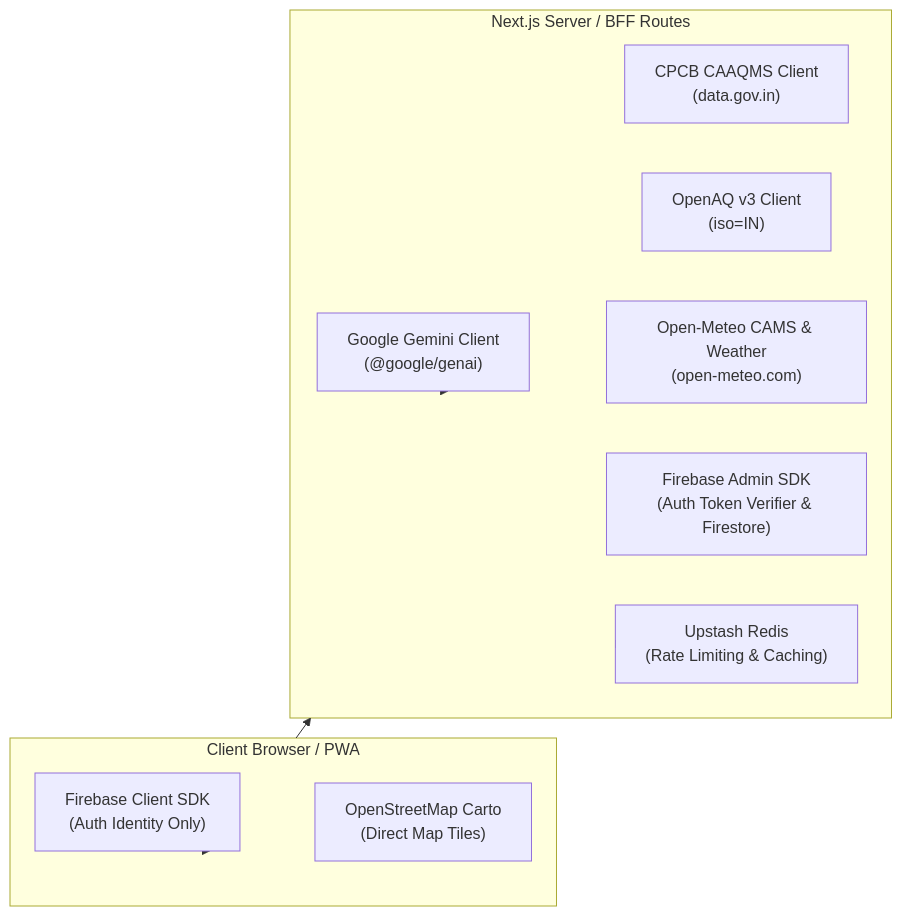
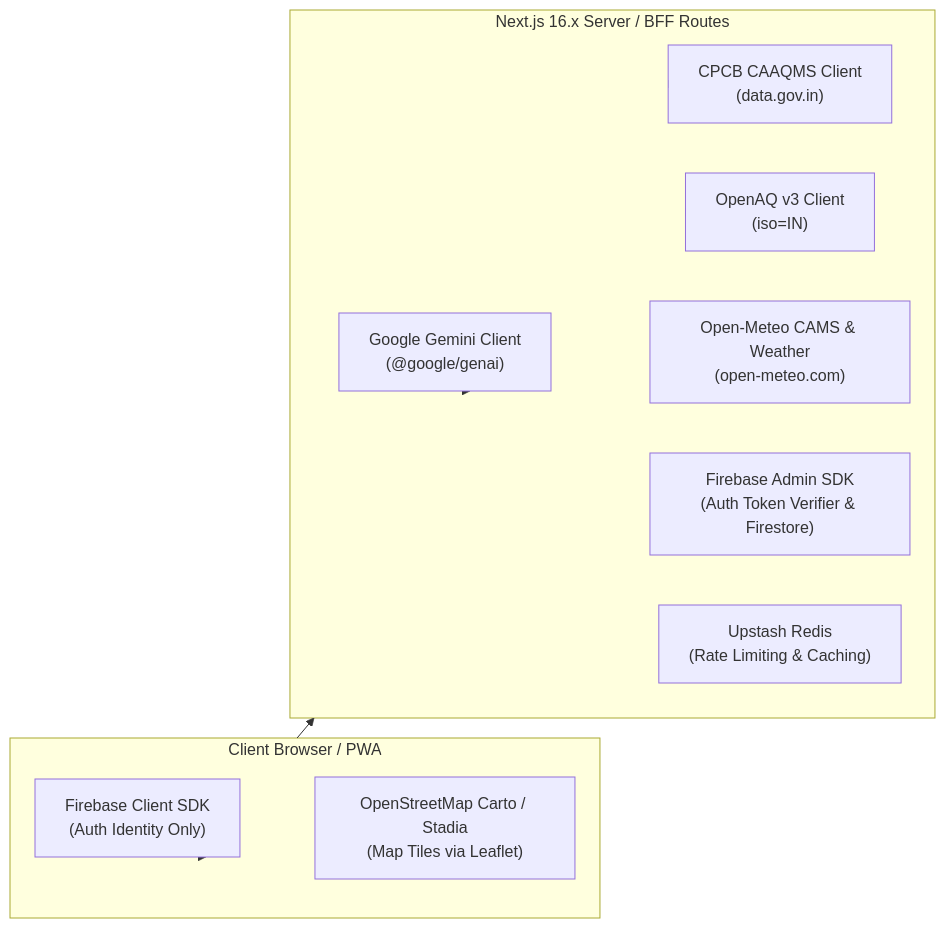
One commit to agnidiptasarkar123-dev/prompt_6 changed the diagram in docs/api-dependency-matrix.md. Above: the diagram before and after it, drawn with Mermaid. The commit also changed other lines of this file and 5 other files, not shown here.

Commit message:
docs: finalize Phase 0 architecture baseline with CPCB record semantics, OSM terms, and Next.js 16.x specifications

````diff
--- a/docs/api-dependency-matrix.md
+++ b/docs/api-dependency-matrix.md
@@ -13,26 +13,26 @@
 ```mermaid
 flowchart LR
     subgraph Client["Client Browser / PWA"]
         FB_Client["Firebase Client SDK\n(Auth Identity Only)"]
-        OSM_Tiles["OpenStreetMap Carto\n(Direct Map Tiles)"]
+        OSM_Tiles["OpenStreetMap Carto / Stadia\n(Map Tiles via Leaflet)"]
     end
 
-    subgraph Backend["Next.js Server / BFF Routes"]
+    subgraph Backend["Next.js 16.x Server / BFF Routes"]
         SRV_Gemini["Google Gemini Client\n(@google/genai)"]
         SRV_CPCB["CPCB CAAQMS Client\n(data.gov.in)"]
         SRV_OpenAQ["OpenAQ v3 Client\n(iso=IN)"]
         SRV_Meteo["Open-Meteo CAMS & Weather\n(open-meteo.com)"]
         SRV_FB_Admin["Firebase Admin SDK\n(Auth Token Verifier & Firestore)"]
         REDIS_Cache["Upstash Redis\n(Rate Limiting & Caching)"]
     end
 
     Client --> Backend
     Client --> FB_Client
     Client --> OSM_Tiles
     Backend --> SRV_Gemini
     Backend --> SRV_CPCB
     Backend --> SRV_OpenAQ
     Backend --> SRV_Meteo
     Backend --> SRV_FB_Admin
     Backend --> REDIS_Cache
 ```
````
